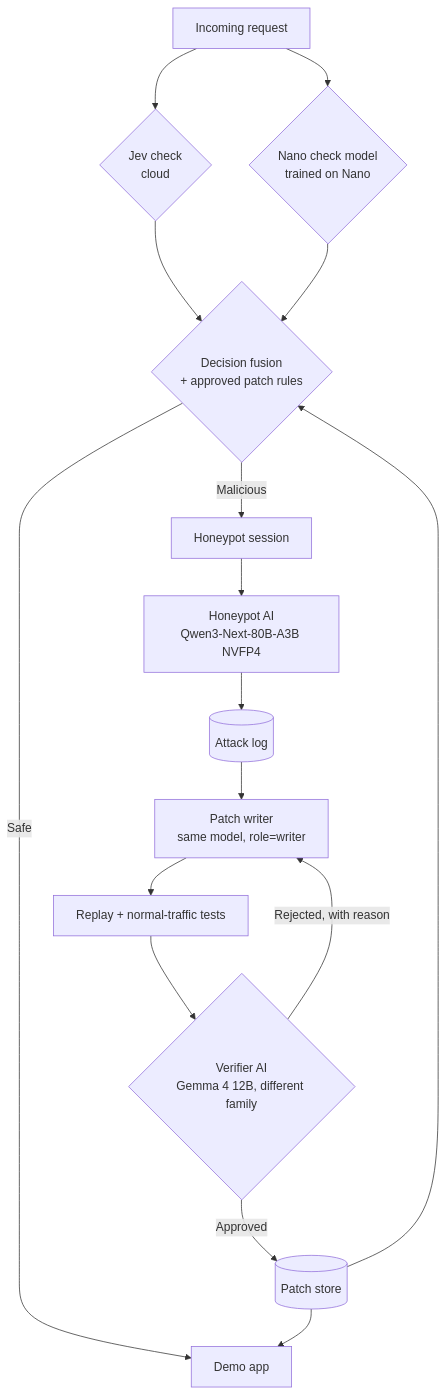
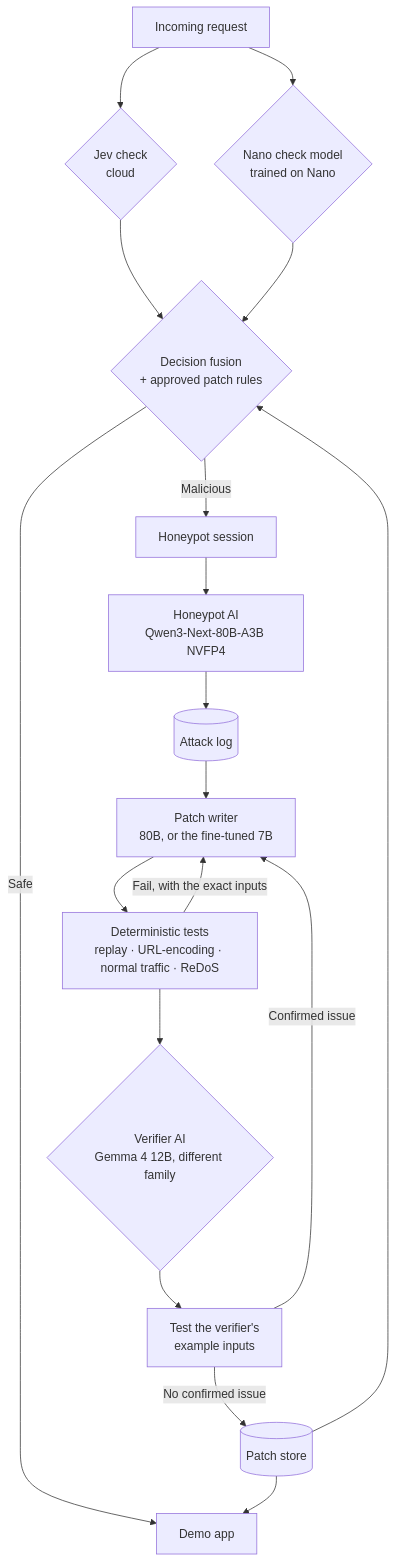
One commit to prags8585/EdgeA1 changed the diagram in README.md. Above: the diagram before and after it, drawn with Mermaid. The commit also changed other lines of this file, not shown here.

First line of the commit message:
README: real results, today's hardening, fine-tune, benchmarks, honest limits

````diff
--- a/README.md
+++ b/README.md
@@ -37,18 +47,20 @@
 ```mermaid
 flowchart TD
     R[Incoming request] --> J{Jev check<br/>cloud}
     R --> N{Nano check model<br/>trained on Nano}
     J --> D{Decision fusion<br/>+ approved patch rules}
     N --> D
     D -->|Safe| A[Demo app]
     D -->|Malicious| G[Honeypot session]
     G --> H[Honeypot AI<br/>Qwen3-Next-80B-A3B NVFP4]
     H --> L[(Attack log)]
-    L --> W[Patch writer<br/>same model, role=writer]
-    W --> T[Replay + normal-traffic tests]
+    L --> W[Patch writer<br/>80B, or the fine-tuned 7B]
+    W --> T[Deterministic tests<br/>replay · URL-encoding · normal traffic · ReDoS]
+    T -->|Fail, with the exact inputs| W
     T --> V{Verifier AI<br/>Gemma 4 12B, different family}
-    V -->|Rejected, with reason| W
-    V -->|Approved| S[(Patch store)]
+    V --> C[Test the verifier's<br/>example inputs]
+    C -->|Confirmed issue| W
+    C -->|No confirmed issue| S[(Patch store)]
     S --> D
     S --> A
 ```
````
